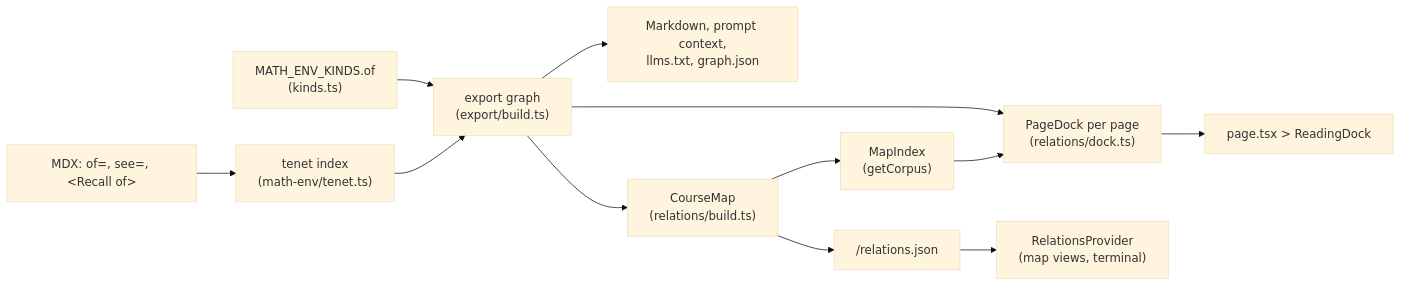
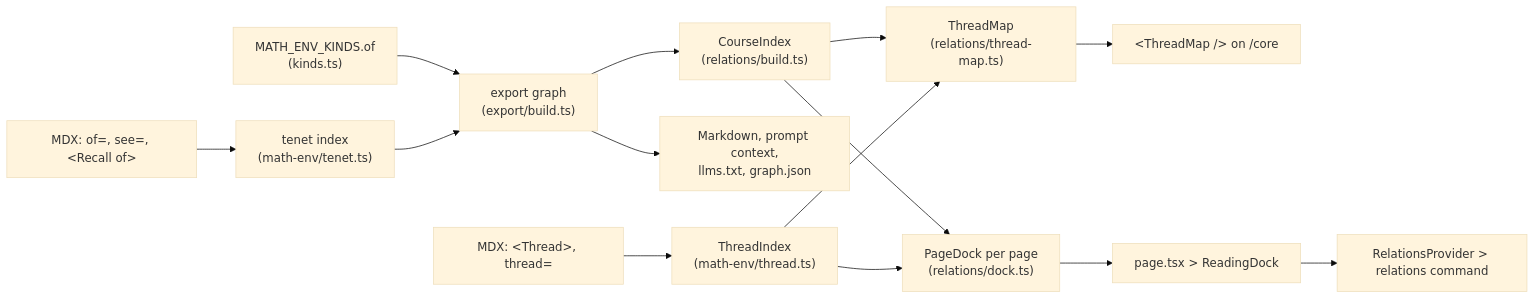
One commit to kevinnhou/MATH1251 changed the first of 2 diagrams in RELATIONS.md. Above: the diagram before and after it, drawn with Mermaid (base theme). The commit also changed other lines of this file and 4 other files, not shown here.

Commit message:
docs: update RELATIONS.md and module docs for CourseIndex and thread map

````diff
--- a/RELATIONS.md
+++ b/RELATIONS.md
@@ -62,12 +63,13 @@
 ```mermaid
 flowchart LR
     mdx["MDX: of=, see=, &lt;Recall of&gt;"] --> tenets["tenet index<br/>(math-env/tenet.ts)"]
+    tmdx["MDX: &lt;Thread&gt;, thread="] --> threads["ThreadIndex<br/>(math-env/thread.ts)"]
     kinds["MATH_ENV_KINDS.of<br/>(kinds.ts)"] --> export
     tenets --> export["export graph<br/>(export/build.ts)"]
     export --> exports["Markdown, prompt context,<br/>llms.txt, graph.json"]
-    export --> map["CourseMap<br/>(relations/build.ts)"]
-    export --> dock["PageDock per page<br/>(relations/dock.ts)"]
-    map --> index["MapIndex<br/>(getCorpus)"] --> dock
-    map --> json["/relations.json"] --> client["RelationsProvider<br/>(map views, terminal)"]
-    dock --> page["page.tsx > ReadingDock"]
+    export --> index["CourseIndex<br/>(relations/build.ts)"] --> dock["PageDock per page<br/>(relations/dock.ts)"]
+    index --> threadmap["ThreadMap<br/>(relations/thread-map.ts)"] --> core["&lt;ThreadMap /&gt; on /core"]
+    threads --> dock
+    threads --> threadmap
+    dock --> page["page.tsx > ReadingDock"] --> terminal["RelationsProvider > relations command"]
 ```
````
